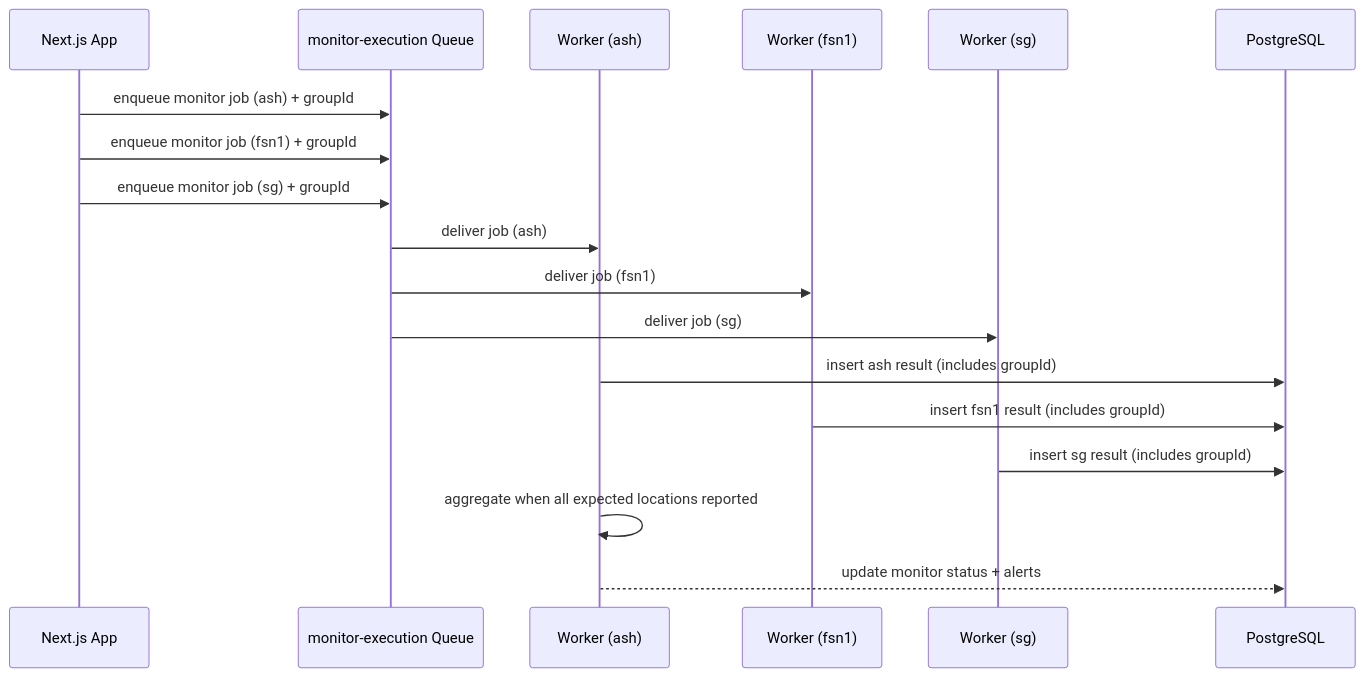
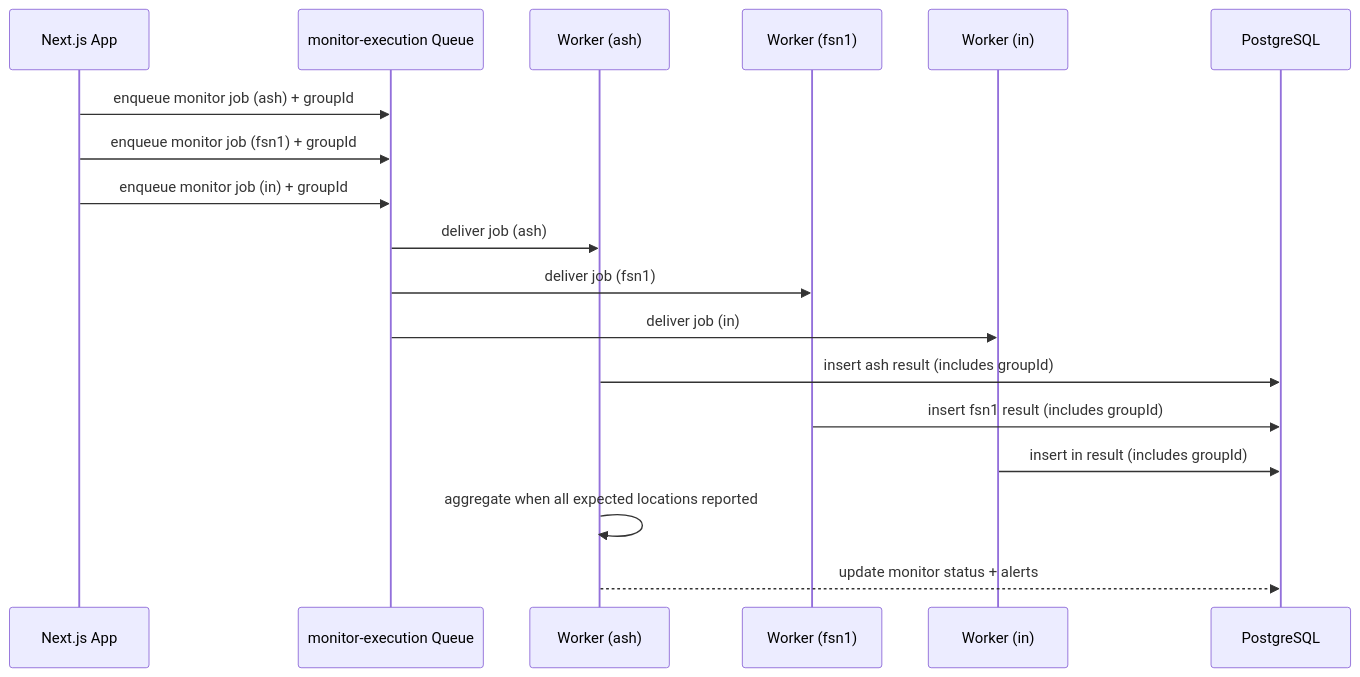
The second of 17 diagrams in specs/04-monitoring/MONITORING_SYSTEM.md (supercheck-io/supercheck), drawn with Mermaid before and after one commit. The commit also changed other lines of this file and 21 other files, not shown here.

````diff
--- a/specs/04-monitoring/MONITORING_SYSTEM.md
+++ b/specs/04-monitoring/MONITORING_SYSTEM.md
@@ -145,24 +145,24 @@
 ```mermaid
 sequenceDiagram
     participant App as Next.js App
     participant MQ as monitor-execution Queue
     participant W_US as Worker (ash)
     participant W_DE as Worker (fsn1)
-    participant W_SG as Worker (sg)
+    participant W_IN as Worker (in)
     participant DB as PostgreSQL
 
     App->>MQ: enqueue monitor job (ash) + groupId
     App->>MQ: enqueue monitor job (fsn1) + groupId
-    App->>MQ: enqueue monitor job (sg) + groupId
+    App->>MQ: enqueue monitor job (in) + groupId
 
     MQ->>W_US: deliver job (ash)
     MQ->>W_DE: deliver job (fsn1)
-    MQ->>W_SG: deliver job (sg)
+    MQ->>W_IN: deliver job (in)
 
     W_US->>DB: insert ash result (includes groupId)
     W_DE->>DB: insert fsn1 result (includes groupId)
-    W_SG->>DB: insert sg result (includes groupId)
+    W_IN->>DB: insert in result (includes groupId)
 
     W_US->>W_US: aggregate when all expected locations reported
     W_US-->>DB: update monitor status + alerts
 ```
````
